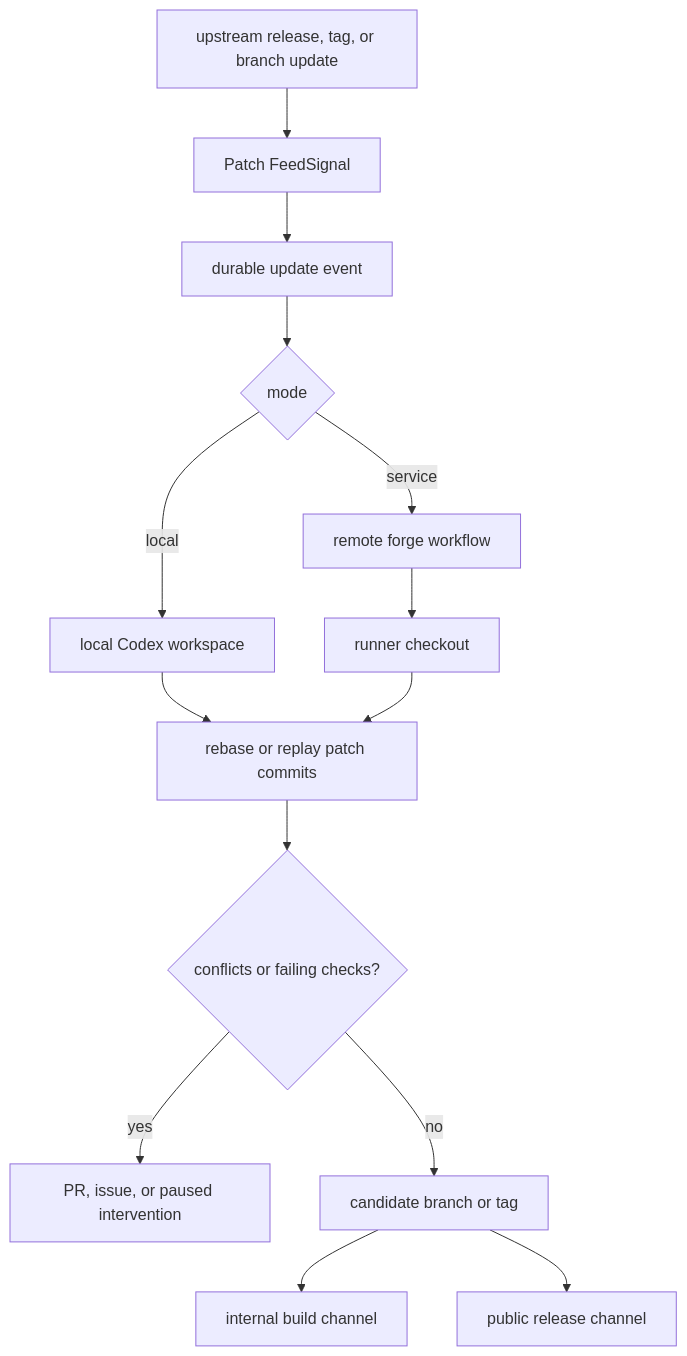
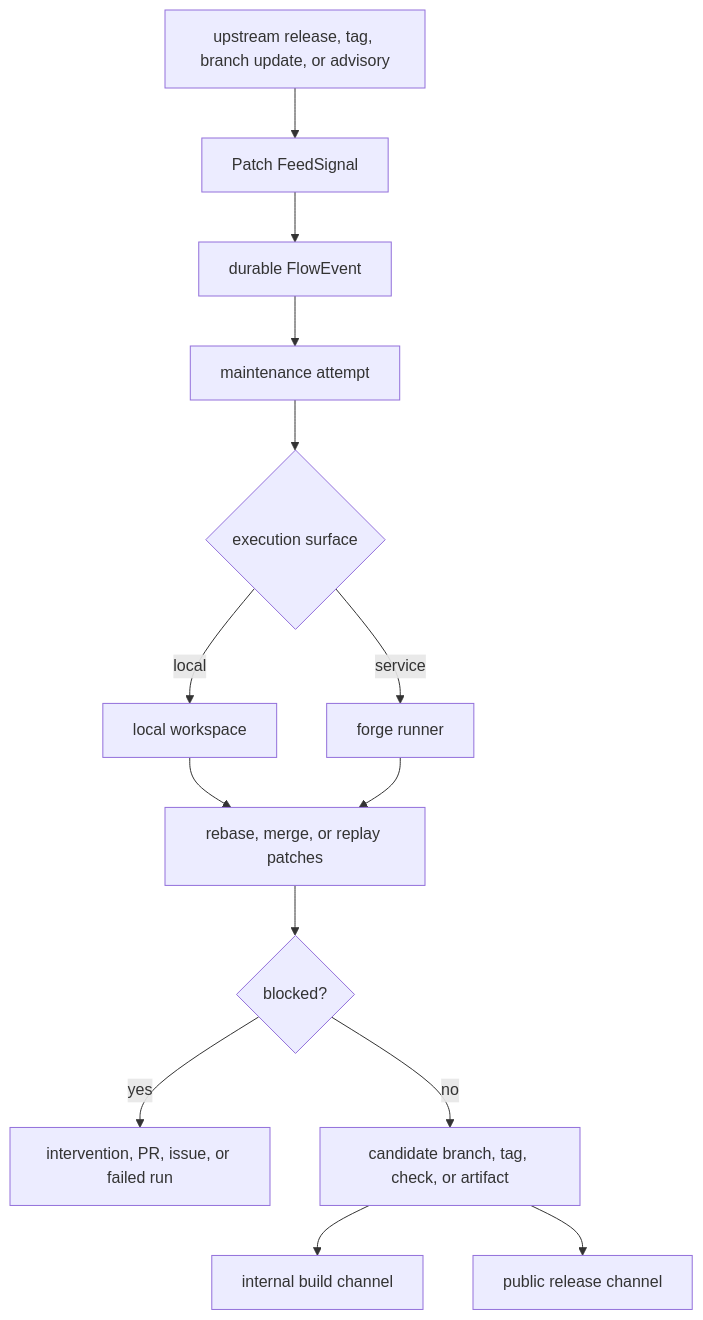
Before and after one commit to peezy-tech/patch.moi: the diagram in docs/pages/concepts/architecture.md, drawn with Mermaid. The commit also changed other lines of this file and 12 other files, not shown here.

Commit message:
docs: clarify patch maintenance architecture

````diff
--- a/docs/pages/concepts/architecture.md
+++ b/docs/pages/concepts/architecture.md
@@ -42,16 +20,16 @@
 ```mermaid
 flowchart TD
-  A["upstream release, tag, or branch update"] --> B["Patch FeedSignal"]
-  B --> C["durable update event"]
-  C --> D{"mode"}
-  D -- local --> E["local Codex workspace"]
-  D -- service --> R["remote forge workflow"]
-  R --> S["runner checkout"]
-  E --> F["rebase or replay patch commits"]
-  S --> F
-  F --> G{"conflicts or failing checks?"}
-  G -- yes --> H["PR, issue, or paused intervention"]
-  G -- no --> I["candidate branch or tag"]
-  I --> J["internal build channel"]
-  I --> K["public release channel"]
+  A["upstream release, tag, branch update, or advisory"] --> B["Patch FeedSignal"]
+  B --> C["durable FlowEvent"]
+  C --> D["maintenance attempt"]
+  D --> E{"execution surface"}
+  E -- local --> F["local workspace"]
+  E -- service --> G["forge runner"]
+  F --> H["rebase, merge, or replay patches"]
+  G --> H
+  H --> I{"blocked?"}
+  I -- yes --> J["intervention, PR, issue, or failed run"]
+  I -- no --> K["candidate branch, tag, check, or artifact"]
+  K --> L["internal build channel"]
+  K --> M["public release channel"]
 ```
````
